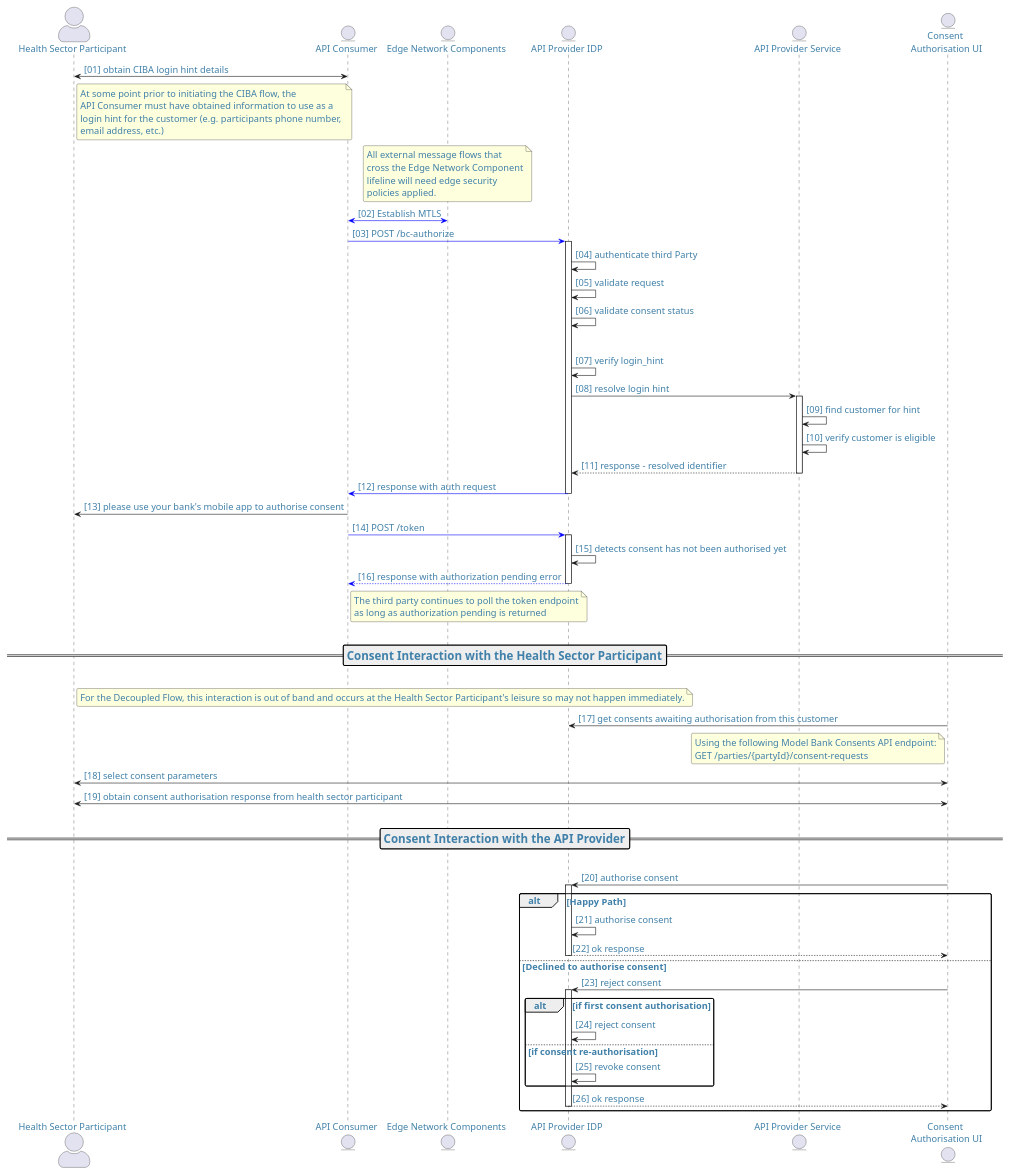
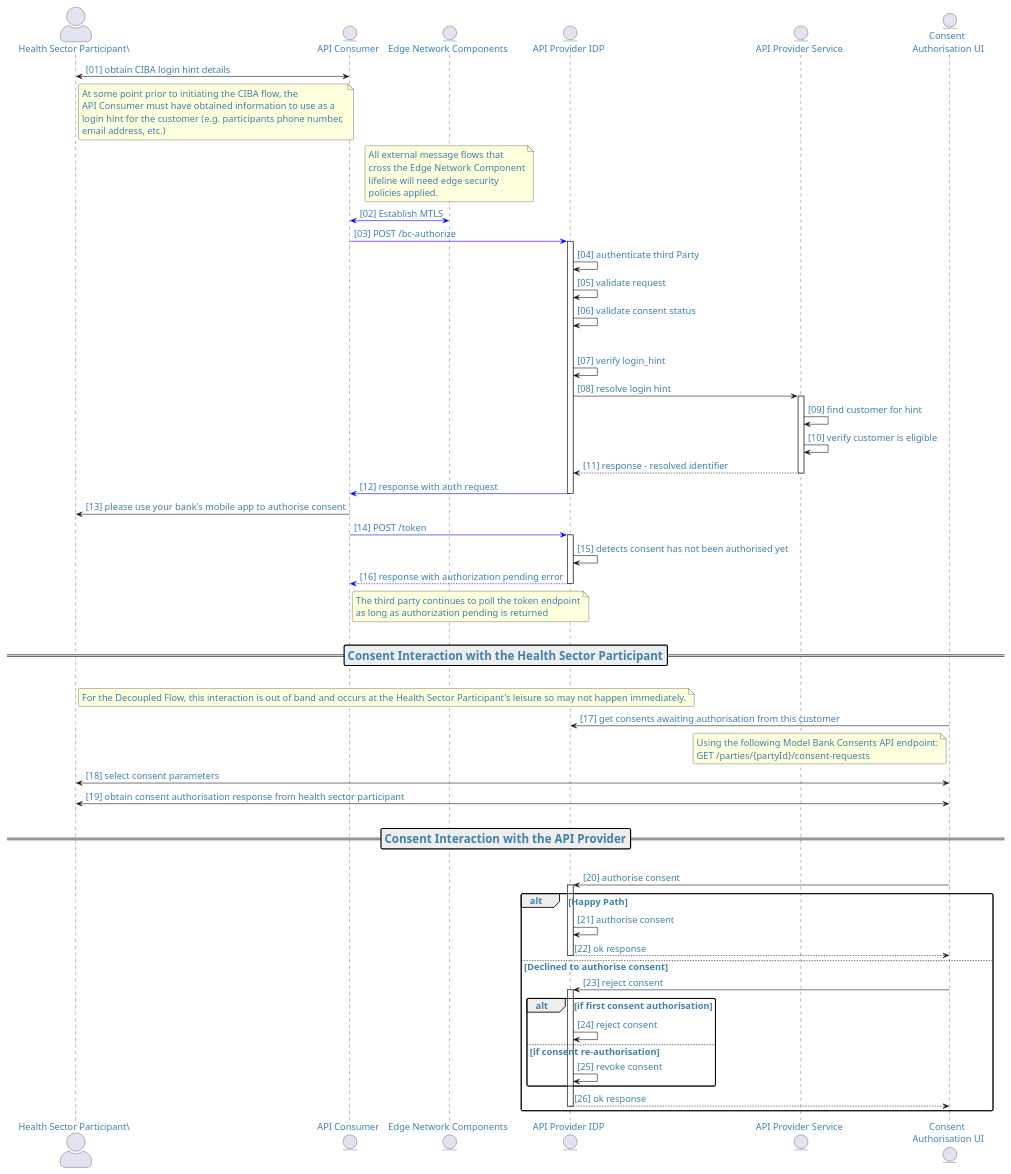
Before and after one commit to tewhatuora/api-standards: the second of 8 diagrams in docs/api-security/03-APIAuthentcationandAuthorisationBasics.md, drawn with PlantUML. The commit also changed other lines of this file and 3 other files, not shown here.

```diff
--- a/docs/api-security/03-APIAuthentcationandAuthorisationBasics.md
+++ b/docs/api-security/03-APIAuthentcationandAuthorisationBasics.md
@@ -178,7 +180,7 @@
 scale 700 width
 scale 1768 height
 
-Actor "Health Sector Participant" as customer
+Actor "Health Sector Participant\" as customer
 Entity "API Consumer" as tp
 Entity "Edge Network Components" as edge
 Entity "API Provider IDP" as apipa
```
